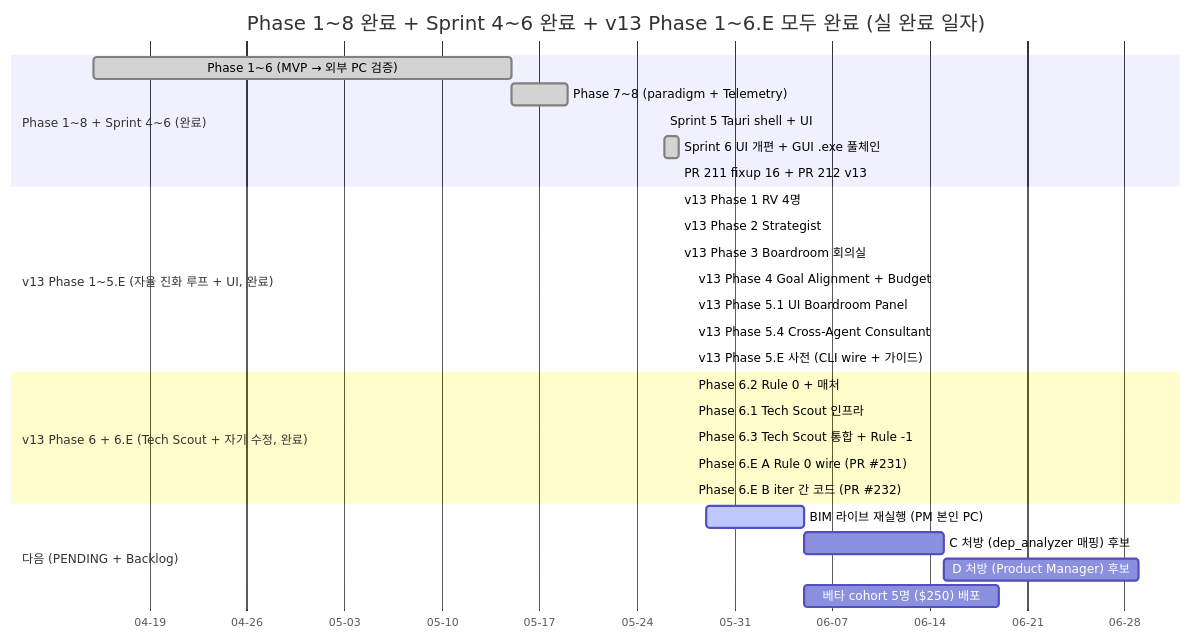
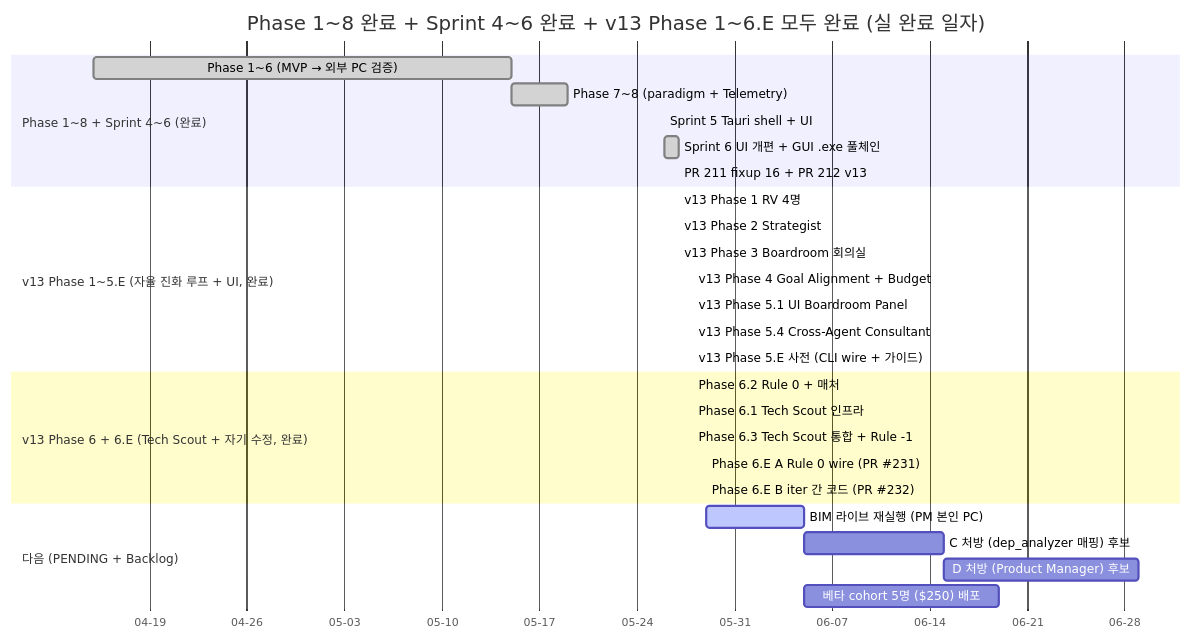
One commit to SongJongwon/nexus-alpha changed the second of 4 diagrams in docs/architecture/phase_progress.md. Above: the diagram before and after it, drawn with Mermaid. The commit also changed other lines of this file and 3 other files, not shown here.

Commit message:
docs: correct #231/#232 merge date to 2026-05-29 + mark A+B unverified (rerun1 crashed: GraphRecursionError) + add run1 invalid verdict

````diff
--- a/docs/architecture/phase_progress.md
+++ b/docs/architecture/phase_progress.md
@@ -65,36 +65,36 @@
 ```mermaid
 gantt
     title Phase 1~8 완료 + Sprint 4~6 완료 + v13 Phase 1~6.E 모두 완료 (실 완료 일자)
     dateFormat YYYY-MM-DD
     axisFormat %m-%d
     todayMarker stroke-width:3px,stroke:#ef4444
 
     section Phase 1~8 + Sprint 4~6 (완료)
     Phase 1~6 (MVP → 외부 PC 검증)   :done, p16, 2026-04-15, 2026-05-15
     Phase 7~8 (paradigm + Telemetry)  :done, p78, 2026-05-15, 2026-05-19
     Sprint 5 Tauri shell + UI         :done, s5,  2026-05-26, 2026-05-26
     Sprint 6 UI 개편 + GUI .exe 풀체인  :done, s6,  2026-05-26, 2026-05-27
     PR 211 fixup 16 + PR 212 v13      :done, vc,  2026-05-27, 2026-05-27
 
     section v13 Phase 1~5.E (자율 진화 루프 + UI, 완료)
     v13 Phase 1 RV 4명                :done, v1, 2026-05-27, 2026-05-27
     v13 Phase 2 Strategist            :done, v2, 2026-05-27, 2026-05-27
     v13 Phase 3 Boardroom 회의실        :done, v3, 2026-05-27, 2026-05-27
     v13 Phase 4 Goal Alignment + Budget :done, v4, 2026-05-28, 2026-05-28
     v13 Phase 5.1 UI Boardroom Panel  :done, v51, 2026-05-28, 2026-05-28
     v13 Phase 5.4 Cross-Agent Consultant :done, v54, 2026-05-28, 2026-05-28
     v13 Phase 5.E 사전 (CLI wire + 가이드)  :done, v5e, 2026-05-28, 2026-05-28
 
     section v13 Phase 6 + 6.E (Tech Scout + 자기 수정, 완료)
     Phase 6.2 Rule 0 + 매처            :done, p62, 2026-05-28, 2026-05-28
     Phase 6.1 Tech Scout 인프라         :done, p61, 2026-05-28, 2026-05-28
     Phase 6.3 Tech Scout 통합 + Rule -1 :done, p63, 2026-05-28, 2026-05-28
-    Phase 6.E A Rule 0 wire (PR #231)  :done, p6ea, 2026-05-28, 2026-05-28
-    Phase 6.E B iter 간 코드 (PR #232)  :done, p6eb, 2026-05-28, 2026-05-28
+    Phase 6.E A Rule 0 wire (PR #231)  :done, p6ea, 2026-05-29, 2026-05-29
+    Phase 6.E B iter 간 코드 (PR #232)  :done, p6eb, 2026-05-29, 2026-05-29
 
     section 다음 (PENDING + Backlog)
     BIM 라이브 재실행 (PM 본인 PC)        :active, blive, 2026-05-29, 7d
     C 처방 (dep_analyzer 매핑) 후보      :         cdep,  after blive, 10d
     D 처방 (Product Manager) 후보        :         dpm,   after cdep, 14d
     베타 cohort 5명 ($250) 배포          :         beta,  after blive, 14d
 ```
````
